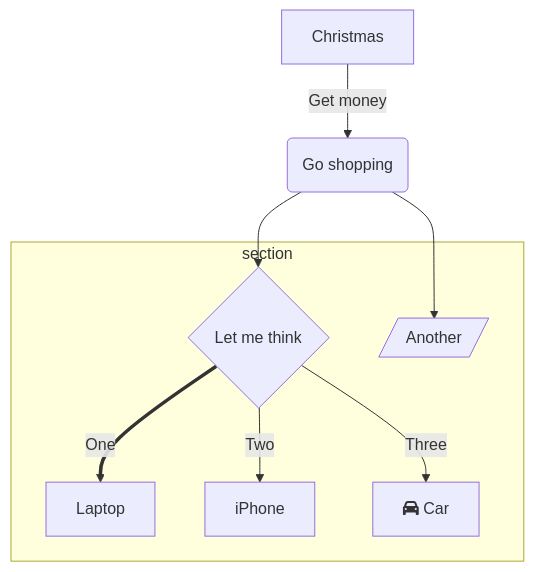
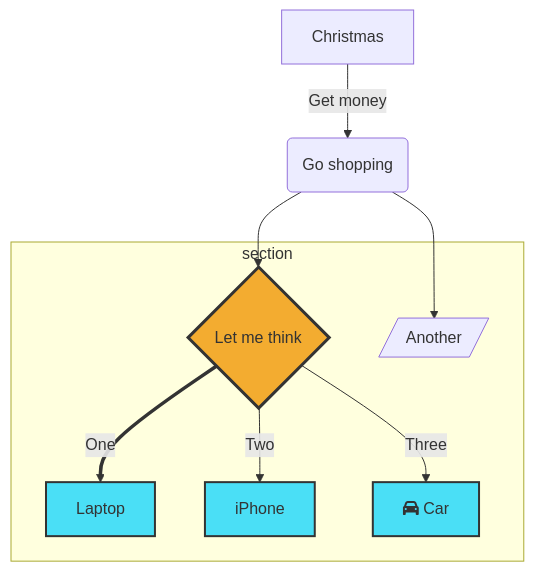
One commit to jwang1122/python changed the third of 11 diagrams in aDoc/mermaid.md. Above: the diagram before and after it, drawn with Mermaid. The commit also changed other lines of this file and 7 other files, not shown here.

Commit message:
add more sample on mermaid.md

````diff
--- a/aDoc/mermaid.md
+++ b/aDoc/mermaid.md
@@ -82,17 +96,21 @@
 ```mermaid
 graph TB
     A[Christmas] -->|Get money| B(Go shopping)
     B --> C{Let me think}
+    style C fill:#f3ac30,stroke:#333,stroke-width:3px
     B --> G[/Another/]
     C ==>|One| D[Laptop]
     C -->|Two| E[iPhone]
     C -->|Three| F[fa:fa-car Car]
+    style D fill:#4adff6,stroke:#333,stroke-width:2px
+    style E fill:#4adff6,stroke:#333,stroke-width:2px
+    style F fill:#4adff6,stroke:#333,stroke-width:2px
 
     subgraph section
         C
         D
         E
         F
         G
     end
 ```
````
